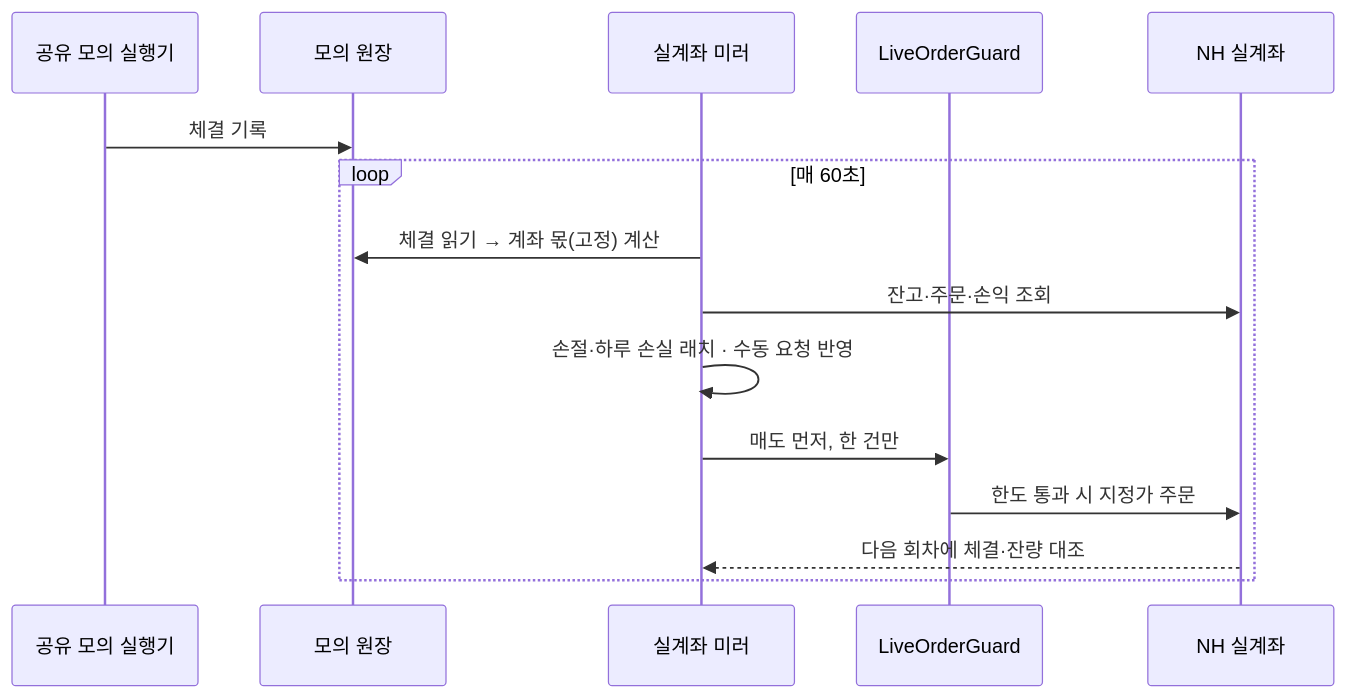
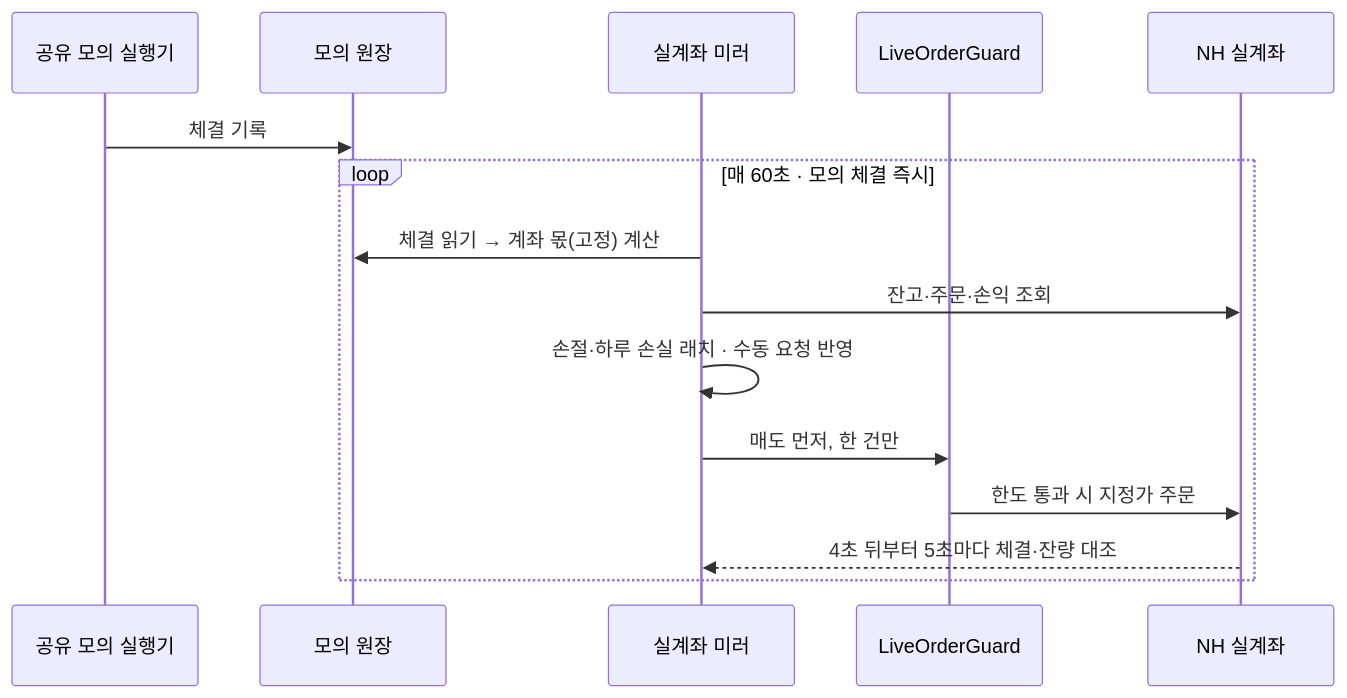
Before and after one commit to roadkwonai/omni-ai-trading: the second of 3 diagrams in docs/live-accounts.md, drawn with Mermaid. The commit also changed other lines of this file and 122 other files, not shown here.

````diff
--- a/docs/live-accounts.md
+++ b/docs/live-accounts.md
@@ -63,17 +63,17 @@
 ```mermaid
 sequenceDiagram
   participant P as 공유 모의 실행기
   participant L as 모의 원장
   participant M as 실계좌 미러
   participant G as LiveOrderGuard
   participant N as NH 실계좌
   P->>L: 체결 기록
-  loop 매 60초
+  loop 매 60초 · 모의 체결 즉시
     M->>L: 체결 읽기 → 계좌 몫(고정) 계산
     M->>N: 잔고·주문·손익 조회
     M->>M: 손절·하루 손실 래치 · 수동 요청 반영
     M->>G: 매도 먼저, 한 건만
     G->>N: 한도 통과 시 지정가 주문
-    N-->>M: 다음 회차에 체결·잔량 대조
+    N-->>M: 4초 뒤부터 5초마다 체결·잔량 대조
   end
 ```
````
